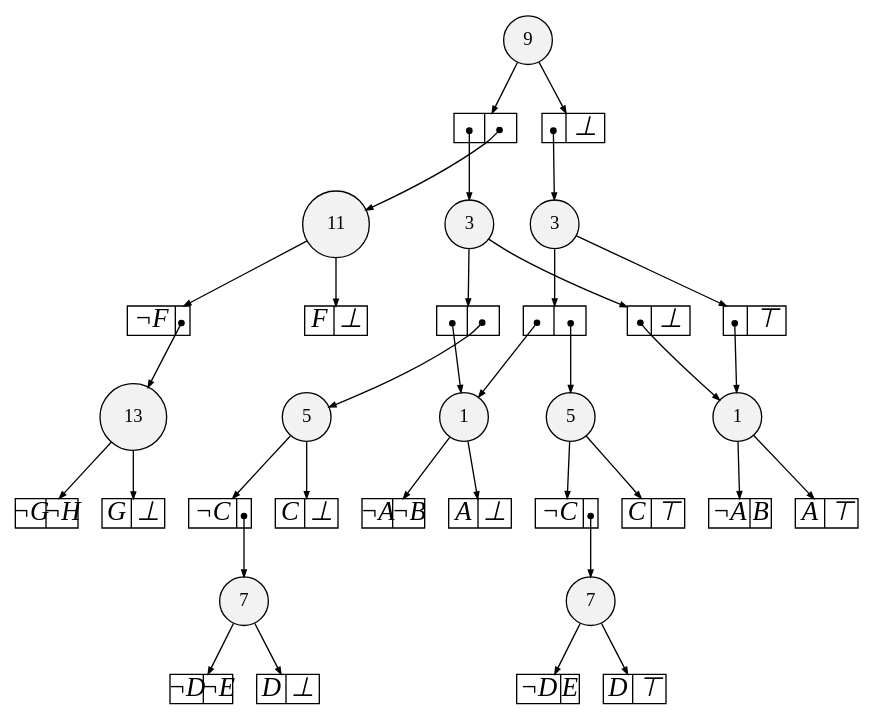
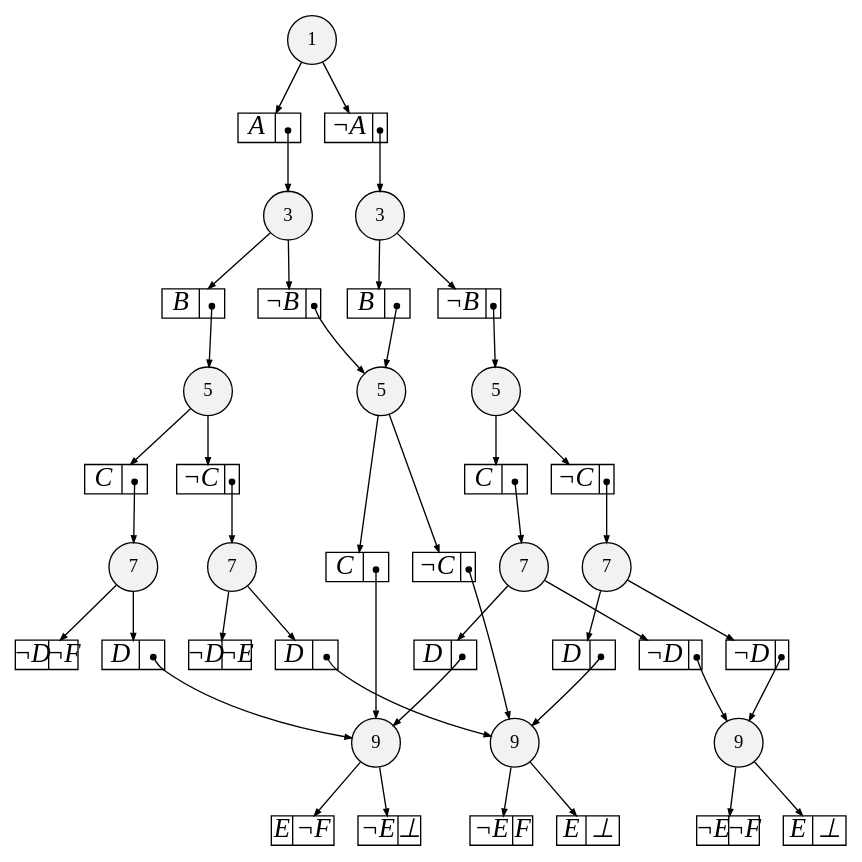
The diagram in reach.dot (hugopaquet/mcmas-sdds), drawn with Graphviz before and after one commit. The commit also changed 166 other files, not shown here.

```diff
--- a/reach.dot
+++ b/reach.dot
@@ -3,17 +3,15 @@
 
 overlap=false
 
-{rank=same; n826 }
-{rank=same; n827 }
-{rank=same; n1287 }
-{rank=same; n1278 n1284 }
-{rank=same; n1279 n1285 }
-{rank=same; n1280 n1286 }
-{rank=same; n51 n53 }
+{rank=same; n277 n276 n273 }
+{rank=same; n49662 n49610 n41647 n41643 }
+{rank=same; n49706 n41775 n41773 }
+{rank=same; n49707 n49705 }
+{rank=same; n49708 }
 
-n826 [label= "13",style=filled,fillcolor=gray95,shape=circle,height=.25,width=.25]; 
-n826e0
-      [label= "<L>&not;G|<R>&not;H",
+n277 [label= "9",style=filled,fillcolor=gray95,shape=circle,height=.25,width=.25]; 
+n277e0
+      [label= "<L>E|<R>&not;F",
       shape=record,
       fontsize=20,
       fontname="Times-Italic",
@@ -23,9 +21,9 @@
       height=.30, 
       width=.65];
 
-n826->n826e0 [arrowsize=.50];
-n826e1
-      [label= "<L>G|<R>&#8869;",
+n277->n277e0 [arrowsize=.50];
+n277e1
+      [label= "<L>&not;E|<R>&#8869;",
       shape=record,
       fontsize=20,
       fontname="Times-Italic",
@@ -35,10 +33,10 @@
       height=.30, 
       width=.65];
 
-n826->n826e1 [arrowsize=.50];
-n827 [label= "11",style=filled,fillcolor=gray95,shape=circle,height=.25,width=.25]; 
-n827e0
-      [label= "<L>&not;F|<R>",
+n277->n277e1 [arrowsize=.50];
+n276 [label= "9",style=filled,fillcolor=gray95,shape=circle,height=.25,width=.25]; 
+n276e0
+      [label= "<L>&not;E|<R>F",
       shape=record,
       fontsize=20,
       fontname="Times-Italic",
@@ -48,10 +46,9 @@
       height=.30, 
       width=.65];
 
-n827->n827e0 [arrowsize=.50];
-n827e0:R:c->n826 [arrowsize=.50,tailclip=false,arrowtail=dot,dir=both];
-n827e1
-      [label= "<L>F|<R>&#8869;",
+n276->n276e0 [arrowsize=.50];
+n276e1
+      [label= "<L>E|<R>&#8869;",
       shape=record,
       fontsize=20,
       fontname="Times-Italic",
@@ -61,10 +58,10 @@
       height=.30, 
       width=.65];
 
-n827->n827e1 [arrowsize=.50];
-n1287 [label= "9",style=filled,fillcolor=gray95,shape=circle,height=.25,width=.25]; 
-n1287e0
-      [label= "<L>|<R>",
+n276->n276e1 [arrowsize=.50];
+n273 [label= "9",style=filled,fillcolor=gray95,shape=circle,height=.25,width=.25]; 
+n273e0
+      [label= "<L>&not;E|<R>&not;F",
       shape=record,
       fontsize=20,
       fontname="Times-Italic",
@@ -74,11 +71,9 @@
       height=.30, 
       width=.65];
 
-n1287->n1287e0 [arrowsize=.50];
-n1287e0:L:c->n1280 [arrowsize=.50,tailclip=false,arrowtail=dot,dir=both];
-n1287e0:R:c->n827 [arrowsize=.50,tailclip=false,arrowtail=dot,dir=both];
-n1287e1
-      [label= "<L>|<R>&#8869;",
+n273->n273e0 [arrowsize=.50];
+n273e1
+      [label= "<L>E|<R>&#8869;",
       shape=record,
       fontsize=20,
       fontname="Times-Italic",
@@ -88,10 +83,48 @@
       height=.30, 
       width=.65];
 
-n1287->n1287e1 [arrowsize=.50];
-n1287e1:L:c->n1286 [arrowsize=.50,tailclip=false,arrowtail=dot,dir=both];
-n1278 [label= "7",style=filled,fillcolor=gray95,shape=circle,height=.25,width=.25]; 
-n1278e0
+n273->n273e1 [arrowsize=.50];
+n49662 [label= "7",style=filled,fillcolor=gray95,shape=circle,height=.25,width=.25]; 
+n49662e0
+      [label= "<L>D|<R>",
+      shape=record,
+      fontsize=20,
+      fontname="Times-Italic",
+      fillcolor=white,
+      style=filled,
+      fixedsize=true,
+      height=.30, 
+      width=.65];
+
+n49662->n49662e0 [arrowsize=.50];
+n49662e0:R:c->n277 [arrowsize=.50,tailclip=false,arrowtail=dot,dir=both];
+n49662e1
+      [label= "<L>&not;D|<R>&not;F",
+      shape=record,
+      fontsize=20,
+      fontname="Times-Italic",
+      fillcolor=white,
+      style=filled,
+      fixedsize=true,
+      height=.30, 
+      width=.65];
+
+n49662->n49662e1 [arrowsize=.50];
+n49610 [label= "7",style=filled,fillcolor=gray95,shape=circle,height=.25,width=.25]; 
+n49610e0
+      [label= "<L>D|<R>",
+      shape=record,
+      fontsize=20,
+      fontname="Times-Italic",
+      fillcolor=white,
+      style=filled,
+      fixedsize=true,
+      height=.30, 
+      width=.65];
+
+n49610->n49610e0 [arrowsize=.50];
+n49610e0:R:c->n276 [arrowsize=.50,tailclip=false,arrowtail=dot,dir=both];
+n49610e1
       [label= "<L>&not;D|<R>&not;E",
       shape=record,
       fontsize=20,
@@ -102,9 +135,10 @@
       height=.30, 
       width=.65];
 
-n1278->n1278e0 [arrowsize=.50];
-n1278e1
-      [label= "<L>D|<R>&#8869;",
+n49610->n49610e1 [arrowsize=.50];
+n41647 [label= "7",style=filled,fillcolor=gray95,shape=circle,height=.25,width=.25]; 
+n41647e0
+      [label= "<L>D|<R>",
       shape=record,
       fontsize=20,
       fontname="Times-Italic",
@@ -114,10 +148,10 @@
       height=.30, 
       width=.65];
 
-n1278->n1278e1 [arrowsize=.50];
-n1284 [label= "7",style=filled,fillcolor=gray95,shape=circle,height=.25,width=.25]; 
-n1284e0
-      [label= "<L>&not;D|<R>E",
+n41647->n41647e0 [arrowsize=.50];
+n41647e0:R:c->n277 [arrowsize=.50,tailclip=false,arrowtail=dot,dir=both];
+n41647e1
+      [label= "<L>&not;D|<R>",
       shape=record,
       fontsize=20,
       fontname="Times-Italic",
@@ -127,9 +161,11 @@
       height=.30, 
       width=.65];
 
-n1284->n1284e0 [arrowsize=.50];
-n1284e1
-      [label= "<L>D|<R>&#8868;",
+n41647->n41647e1 [arrowsize=.50];
+n41647e1:R:c->n273 [arrowsize=.50,tailclip=false,arrowtail=dot,dir=both];
+n41643 [label= "7",style=filled,fillcolor=gray95,shape=circle,height=.25,width=.25]; 
+n41643e0
+      [label= "<L>D|<R>",
       shape=record,
       fontsize=20,
       fontname="Times-Italic",
@@ -139,9 +175,36 @@
       height=.30, 
       width=.65];
 
-n1284->n1284e1 [arrowsize=.50];
-n1279 [label= "5",style=filled,fillcolor=gray95,shape=circle,height=.25,width=.25]; 
-n1279e0
+n41643->n41643e0 [arrowsize=.50];
+n41643e0:R:c->n276 [arrowsize=.50,tailclip=false,arrowtail=dot,dir=both];
+n41643e1
+      [label= "<L>&not;D|<R>",
+      shape=record,
+      fontsize=20,
+      fontname="Times-Italic",
+      fillcolor=white,
+      style=filled,
+      fixedsize=true,
+      height=.30, 
+      width=.65];
+
+n41643->n41643e1 [arrowsize=.50];
+n41643e1:R:c->n273 [arrowsize=.50,tailclip=false,arrowtail=dot,dir=both];
+n49706 [label= "5",style=filled,fillcolor=gray95,shape=circle,height=.25,width=.25]; 
+n49706e0
+      [label= "<L>C|<R>",
+      shape=record,
+      fontsize=20,
+      fontname="Times-Italic",
+      fillcolor=white,
+      style=filled,
+      fixedsize=true,
+      height=.30, 
+      width=.65];
+
+n49706->n49706e0 [arrowsize=.50];
+n49706e0:R:c->n49662 [arrowsize=.50,tailclip=false,arrowtail=dot,dir=both];
+n49706e1
       [label= "<L>&not;C|<R>",
       shape=record,
       fontsize=20,
@@ -152,10 +215,11 @@
       height=.30, 
       width=.65];
 
-n1279->n1279e0 [arrowsize=.50];
-n1279e0:R:c->n1278 [arrowsize=.50,tailclip=false,arrowtail=dot,dir=both];
-n1279e1
-      [label= "<L>C|<R>&#8869;",
+n49706->n49706e1 [arrowsize=.50];
+n49706e1:R:c->n49610 [arrowsize=.50,tailclip=false,arrowtail=dot,dir=both];
+n41775 [label= "5",style=filled,fillcolor=gray95,shape=circle,height=.25,width=.25]; 
+n41775e0
+      [label= "<L>C|<R>",
       shape=record,
       fontsize=20,
       fontname="Times-Italic",
@@ -165,9 +229,9 @@
       height=.30, 
       width=.65];
 
-n1279->n1279e1 [arrowsize=.50];
-n1285 [label= "5",style=filled,fillcolor=gray95,shape=circle,height=.25,width=.25]; 
-n1285e0
+n41775->n41775e0 [arrowsize=.50];
+n41775e0:R:c->n277 [arrowsize=.50,tailclip=false,arrowtail=dot,dir=both];
+n41775e1
       [label= "<L>&not;C|<R>",
       shape=record,
       fontsize=20,
@@ -178,10 +242,11 @@
       height=.30, 
       width=.65];
 
-n1285->n1285e0 [arrowsize=.50];
-n1285e0:R:c->n1284 [arrowsize=.50,tailclip=false,arrowtail=dot,dir=both];
-n1285e1
-      [label= "<L>C|<R>&#8868;",
+n41775->n41775e1 [arrowsize=.50];
+n41775e1:R:c->n276 [arrowsize=.50,tailclip=false,arrowtail=dot,dir=both];
+n41773 [label= "5",style=filled,fillcolor=gray95,shape=circle,height=.25,width=.25]; 
+n41773e0
+      [label= "<L>C|<R>",
       shape=record,
       fontsize=20,
       fontname="Times-Italic",
@@ -191,10 +256,10 @@
       height=.30, 
       width=.65];
 
-n1285->n1285e1 [arrowsize=.50];
-n1280 [label= "3",style=filled,fillcolor=gray95,shape=circle,height=.25,width=.25]; 
-n1280e0
-      [label= "<L>|<R>",
+n41773->n41773e0 [arrowsize=.50];
+n41773e0:R:c->n41647 [arrowsize=.50,tailclip=false,arrowtail=dot,dir=both];
+n41773e1
+      [label= "<L>&not;C|<R>",
       shape=record,
       fontsize=20,
       fontname="Times-Italic",
@@ -204,11 +269,11 @@
       height=.30, 
       width=.65];
 
-n1280->n1280e0 [arrowsize=.50];
-n1280e0:L:c->n51 [arrowsize=.50,tailclip=false,arrowtail=dot,dir=both];
-n1280e0:R:c->n1279 [arrowsize=.50,tailclip=false,arrowtail=dot,dir=both];
-n1280e1
-      [label= "<L>|<R>&#8869;",
+n41773->n41773e1 [arrowsize=.50];
+n41773e1:R:c->n41643 [arrowsize=.50,tailclip=false,arrowtail=dot,dir=both];
+n49707 [label= "3",style=filled,fillcolor=gray95,shape=circle,height=.25,width=.25]; 
+n49707e0
+      [label= "<L>B|<R>",
       shape=record,
       fontsize=20,
       fontname="Times-Italic",
@@ -218,11 +283,10 @@
       height=.30, 
       width=.65];
 
-n1280->n1280e1 [arrowsize=.50];
-n1280e1:L:c->n53 [arrowsize=.50,tailclip=false,arrowtail=dot,dir=both];
-n1286 [label= "3",style=filled,fillcolor=gray95,shape=circle,height=.25,width=.25]; 
-n1286e0
-      [label= "<L>|<R>",
+n49707->n49707e0 [arrowsize=.50];
+n49707e0:R:c->n49706 [arrowsize=.50,tailclip=false,arrowtail=dot,dir=both];
+n49707e1
+      [label= "<L>&not;B|<R>",
       shape=record,
       fontsize=20,
       fontname="Times-Italic",
@@ -232,11 +296,11 @@
       height=.30, 
       width=.65];
 
-n1286->n1286e0 [arrowsize=.50];
-n1286e0:L:c->n51 [arrowsize=.50,tailclip=false,arrowtail=dot,dir=both];
-n1286e0:R:c->n1285 [arrowsize=.50,tailclip=false,arrowtail=dot,dir=both];
-n1286e1
-      [label= "<L>|<R>&#8868;",
+n49707->n49707e1 [arrowsize=.50];
+n49707e1:R:c->n41775 [arrowsize=.50,tailclip=false,arrowtail=dot,dir=both];
+n49705 [label= "3",style=filled,fillcolor=gray95,shape=circle,height=.25,width=.25]; 
+n49705e0
+      [label= "<L>B|<R>",
       shape=record,
       fontsize=20,
       fontname="Times-Italic",
@@ -246,11 +310,10 @@
       height=.30, 
       width=.65];
 
-n1286->n1286e1 [arrowsize=.50];
-n1286e1:L:c->n53 [arrowsize=.50,tailclip=false,arrowtail=dot,dir=both];
-n51 [label= "1",style=filled,fillcolor=gray95,shape=circle,height=.25,width=.25]; 
-n51e0
-      [label= "<L>&not;A|<R>&not;B",
+n49705->n49705e0 [arrowsize=.50];
+n49705e0:R:c->n41775 [arrowsize=.50,tailclip=false,arrowtail=dot,dir=both];
+n49705e1
+      [label= "<L>&not;B|<R>",
       shape=record,
       fontsize=20,
       fontname="Times-Italic",
@@ -260,9 +323,11 @@
       height=.30, 
       width=.65];
 
-n51->n51e0 [arrowsize=.50];
-n51e1
-      [label= "<L>A|<R>&#8869;",
+n49705->n49705e1 [arrowsize=.50];
+n49705e1:R:c->n41773 [arrowsize=.50,tailclip=false,arrowtail=dot,dir=both];
+n49708 [label= "1",style=filled,fillcolor=gray95,shape=circle,height=.25,width=.25]; 
+n49708e0
+      [label= "<L>A|<R>",
       shape=record,
       fontsize=20,
       fontname="Times-Italic",
@@ -272,10 +337,10 @@
       height=.30, 
       width=.65];
 
-n51->n51e1 [arrowsize=.50];
-n53 [label= "1",style=filled,fillcolor=gray95,shape=circle,height=.25,width=.25]; 
-n53e0
-      [label= "<L>&not;A|<R>B",
+n49708->n49708e0 [arrowsize=.50];
+n49708e0:R:c->n49707 [arrowsize=.50,tailclip=false,arrowtail=dot,dir=both];
+n49708e1
+      [label= "<L>&not;A|<R>",
       shape=record,
       fontsize=20,
       fontname="Times-Italic",
@@ -285,19 +350,8 @@
       height=.30, 
       width=.65];
 
-n53->n53e0 [arrowsize=.50];
-n53e1
-      [label= "<L>A|<R>&#8868;",
-      shape=record,
-      fontsize=20,
-      fontname="Times-Italic",
-      fillcolor=white,
-      style=filled,
-      fixedsize=true,
-      height=.30, 
-      width=.65];
-
-n53->n53e1 [arrowsize=.50];
+n49708->n49708e1 [arrowsize=.50];
+n49708e1:R:c->n49705 [arrowsize=.50,tailclip=false,arrowtail=dot,dir=both];
 
 
 }
```
